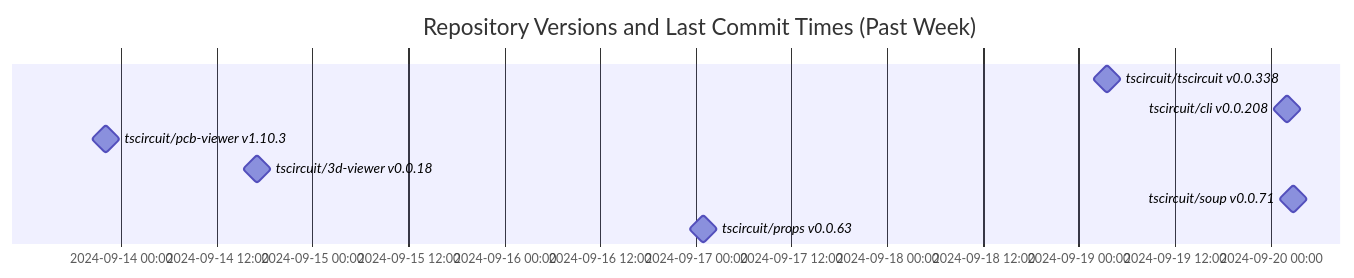
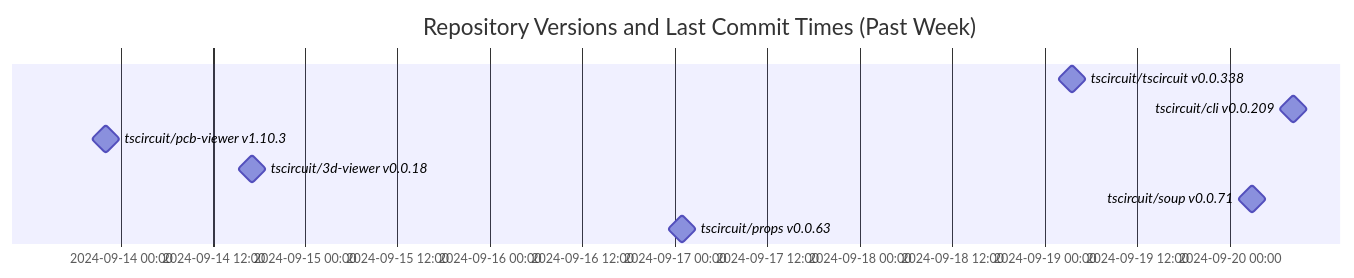
One commit to tscircuit/version-tracker changed the diagram in README.md. Above: the diagram before and after it, drawn with Mermaid.

Commit message:
Update chart

````diff
--- a/README.md
+++ b/README.md
@@ -1,13 +1,13 @@
 ```mermaid
 gantt
   dateFormat  YYYY-MM-DD HH:mm:ss
   title Repository Versions and Last Commit Times (Past Week)
   axisFormat %Y-%m-%d %H:%M
 
   tscircuit/tscircuit v0.0.338 : milestone, 2024-09-19 03:33:35, 1s
-  tscircuit/cli v0.0.208 : milestone, 2024-09-20 02:05:42, 1s
+  tscircuit/cli v0.0.209 : milestone, 2024-09-20 08:18:41, 1s
   tscircuit/pcb-viewer v1.10.3 : milestone, 2024-09-13 22:06:50, 1s
   tscircuit/3d-viewer v0.0.18 : milestone, 2024-09-14 17:06:37, 1s
   tscircuit/soup v0.0.71 : milestone, 2024-09-20 02:53:35, 1s
   tscircuit/props v0.0.63 : milestone, 2024-09-17 00:58:09, 1s
 ```
````
